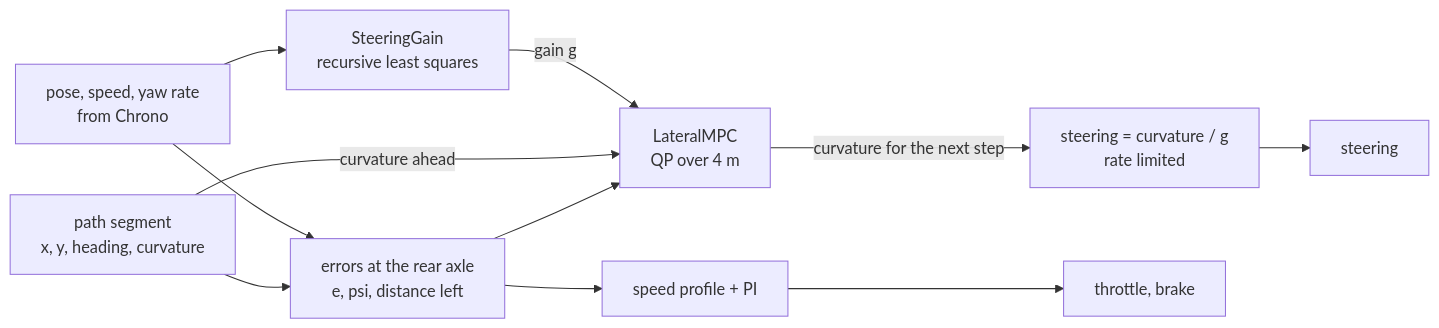
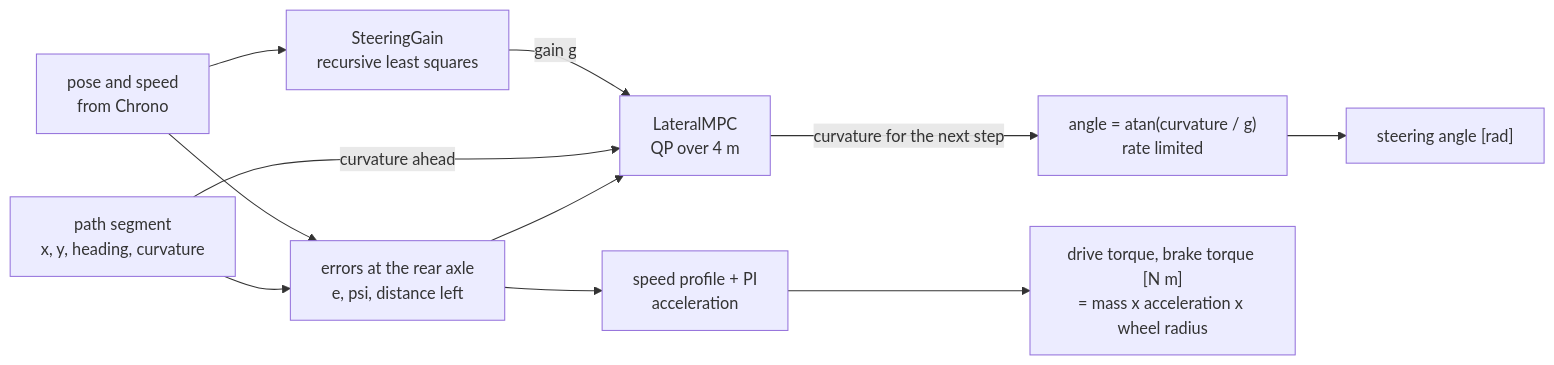
Before and after one commit to ksha23/chrono-parking: the first of 2 diagrams in docs/control.md, drawn with Mermaid. The commit also changed other lines of this file and 18 other files, not shown here.

````diff
--- a/docs/control.md
+++ b/docs/control.md
@@ -7,13 +18,13 @@
 ```mermaid
 flowchart LR
     SEG["path segment<br/>x, y, heading, curvature"] --> ERR["errors at the rear axle<br/>e, psi, distance left"]
-    POSE["pose, speed, yaw rate<br/>from Chrono"] --> ERR
+    POSE["pose and speed<br/>from Chrono"] --> ERR
     POSE --> RLS["SteeringGain<br/>recursive least squares"]
     ERR --> MPC["LateralMPC<br/>QP over 4 m"]
     SEG -- "curvature ahead" --> MPC
     RLS -- "gain g" --> MPC
-    MPC -- "curvature for the next step" --> MAP["steering = curvature / g<br/>rate limited"]
-    ERR --> SPD["speed profile + PI"]
-    MAP --> OUT["steering"]
-    SPD --> OUT2["throttle, brake"]
+    MPC -- "curvature for the next step" --> MAP["angle = atan(curvature / g)<br/>rate limited"]
+    ERR --> SPD["speed profile + PI<br/>acceleration"]
+    MAP --> OUT["steering angle [rad]"]
+    SPD --> OUT2["drive torque, brake torque [N m]<br/>= mass x acceleration x wheel radius"]
 ```
````
